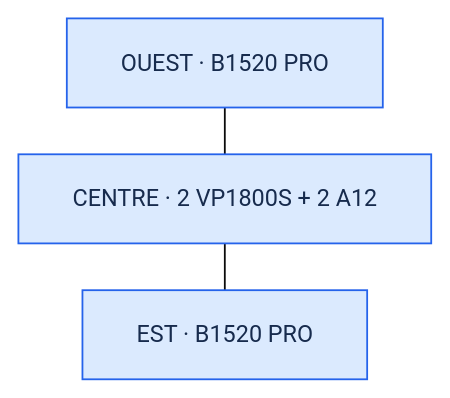
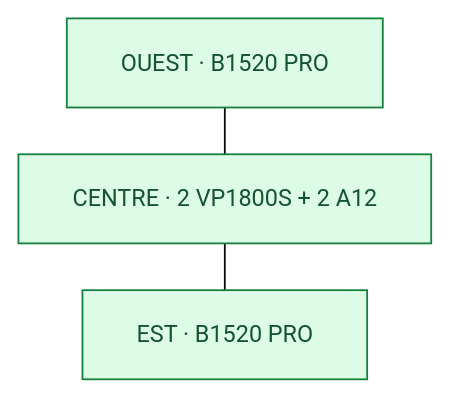
The third of 5 diagrams in README.md (HAZIT-FR/PGE-SONO), drawn with Mermaid before and after one commit. The commit also changed other lines of this file, not shown here.

Commit message:
docs: légender les diagrammes et visualiser le bilan et les options de renfort

```diff
--- a/README.md
+++ b/README.md
@@ -138,10 +151,10 @@
 ~~~mermaid
 %%{init: {"flowchart": {"nodeSpacing": 25, "rankSpacing": 26, "htmlLabels": false}, "theme": "base", "themeVariables": {"fontSize": "13px"}}}%%
 flowchart TB
   O["OUEST · B1520 PRO"]
   C["CENTRE · 2 VP1800S + 2 A12"]
   E["EST · B1520 PRO"]
   O --- C --- E
-  classDef existing fill:#dbeafe,stroke:#2563eb,color:#172b4d;
+  classDef existing fill:#dcfce7,stroke:#15803d,color:#14532d;
   class O,C,E existing;
 ~~~
```
